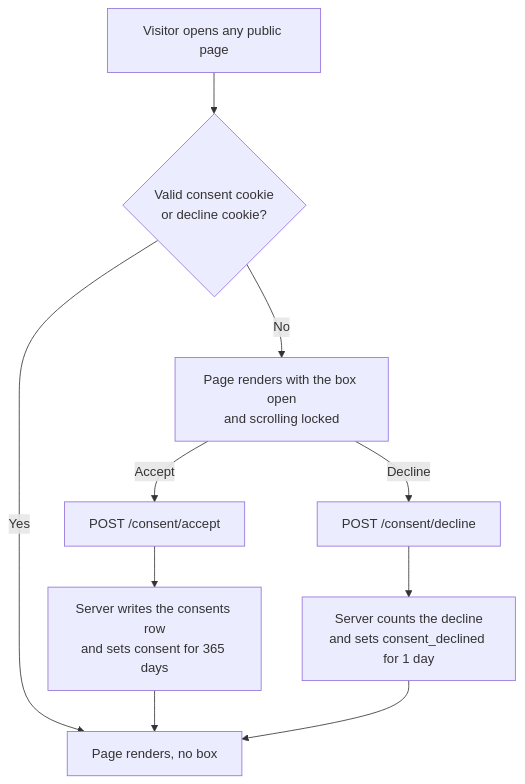
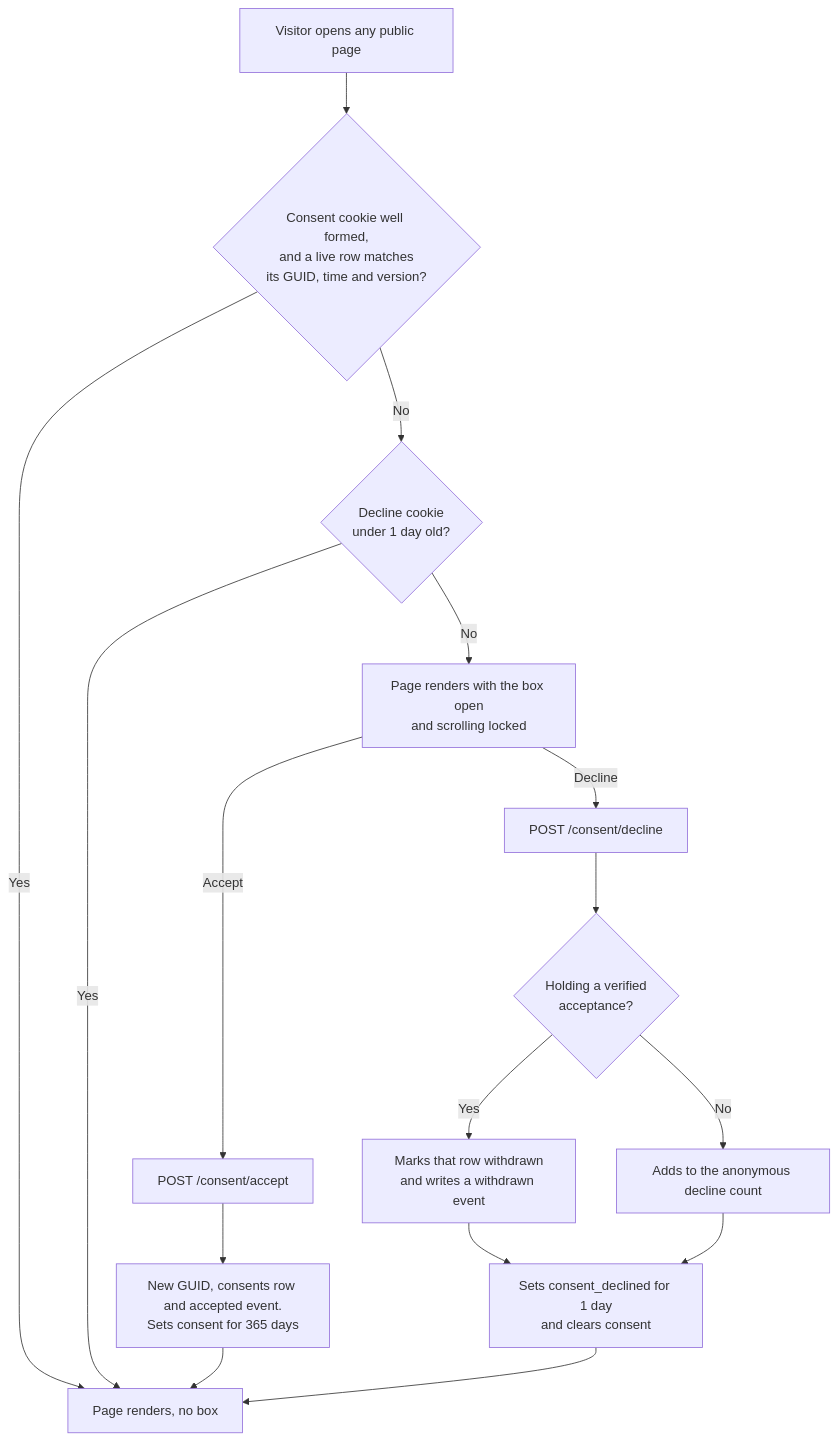
Before and after one commit to imanbinamran/meridian-consent: the second of 2 diagrams in README.md, drawn with Mermaid. The commit also changed other lines of this file and 2 other files, not shown here.

Commit message:
Make the README match how consent records work now

````diff
--- a/README.md
+++ b/README.md
@@ -119,12 +166,18 @@
 ```mermaid
 flowchart TD
-    A[Visitor opens any public page] --> B{Valid consent cookie<br/>or decline cookie?}
+    A[Visitor opens any public page] --> B{"Consent cookie well formed,<br/>and a live row matches<br/>its GUID, time and version?"}
     B -- Yes --> C[Page renders, no box]
-    B -- No --> D[Page renders with the box open<br/>and scrolling locked]
-    D -- Accept --> E[POST /consent/accept]
-    D -- Decline --> F[POST /consent/decline]
-    E --> G[Server writes the consents row<br/>and sets consent for 365 days]
-    F --> H[Server counts the decline<br/>and sets consent_declined for 1 day]
-    G --> C
+    B -- No --> D{"Decline cookie<br/>under 1 day old?"}
+    D -- Yes --> C
+    D -- No --> E[Page renders with the box open<br/>and scrolling locked]
+    E -- Accept --> F[POST /consent/accept]
+    E -- Decline --> G[POST /consent/decline]
+    F --> H["New GUID, consents row and accepted event.<br/>Sets consent for 365 days"]
+    G --> I{"Holding a verified<br/>acceptance?"}
+    I -- Yes --> J[Marks that row withdrawn<br/>and writes a withdrawn event]
+    I -- No --> K[Adds to the anonymous decline count]
+    J --> L["Sets consent_declined for 1 day<br/>and clears consent"]
+    K --> L
     H --> C
+    L --> C
 ```
````
